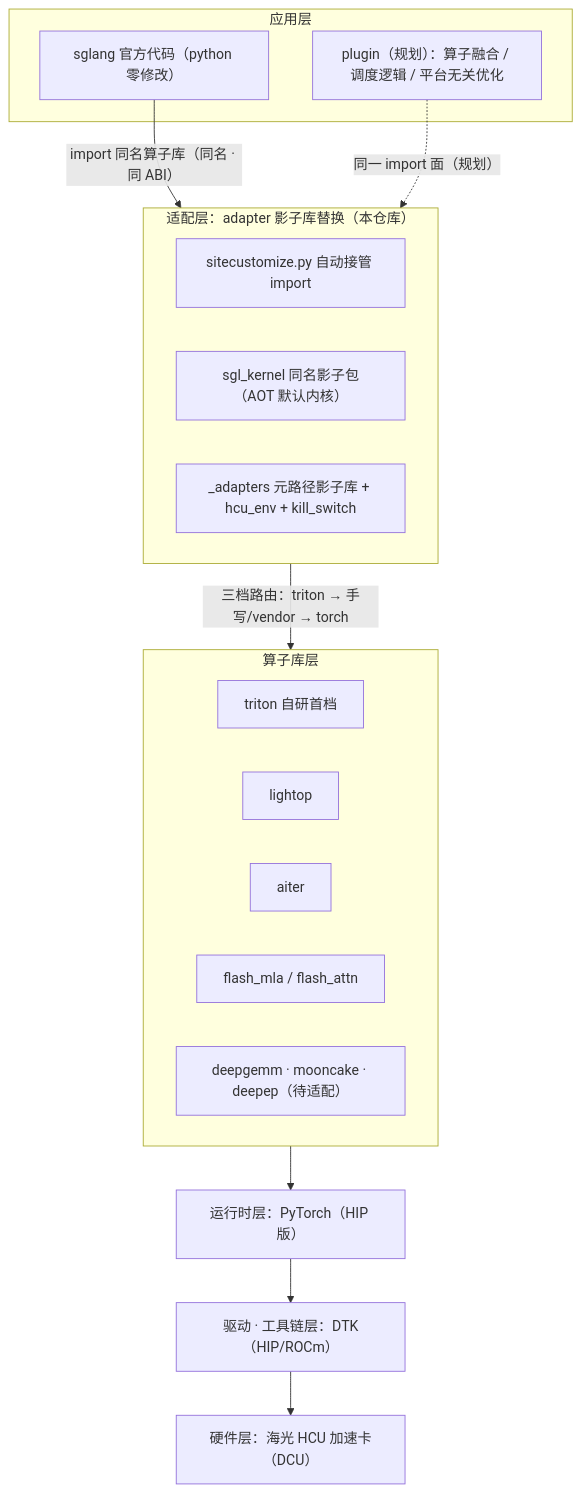
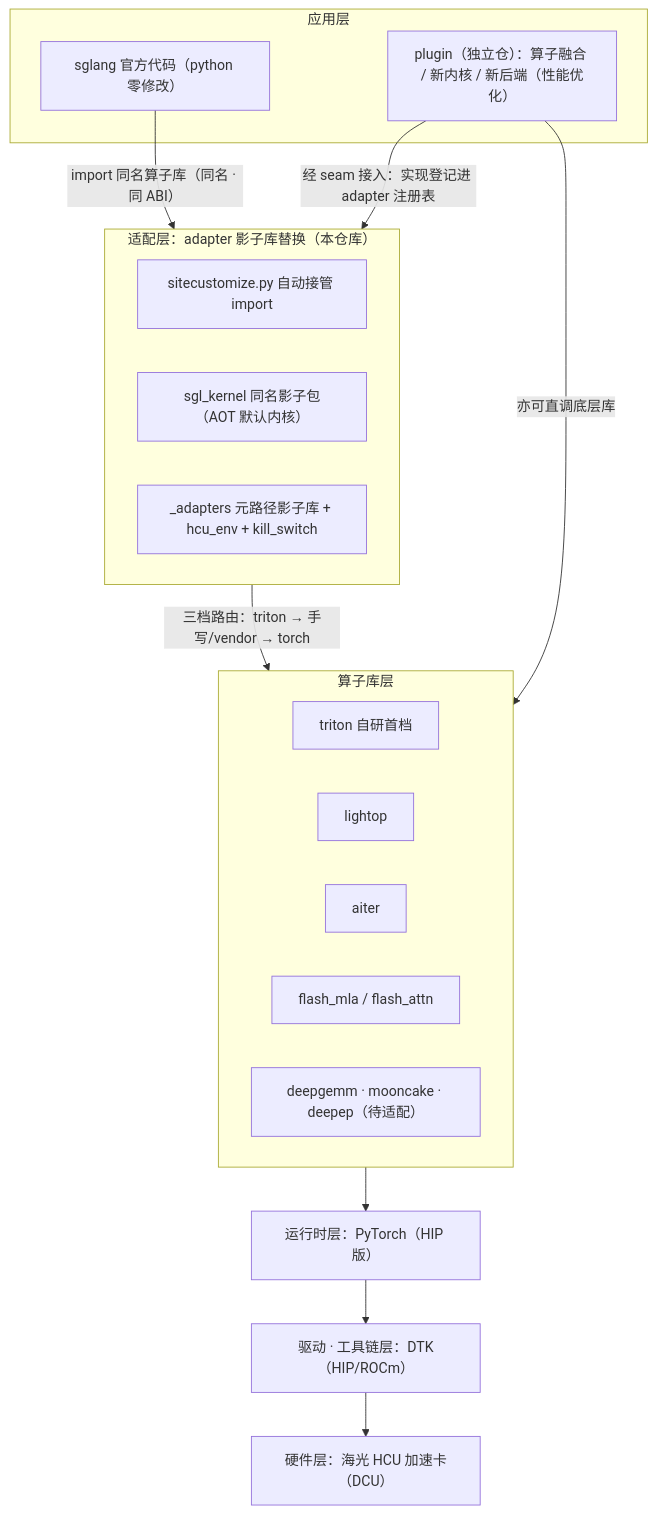
One commit to 463975089/adapter-das changed the first of 3 diagrams in docs/architecture.md. Above: the diagram before and after it, drawn with Mermaid. The commit also changed other lines of this file and 21 other files, not shown here.

````diff
--- a/docs/architecture.md
+++ b/docs/architecture.md
@@ -49,25 +49,26 @@
 ```mermaid
 flowchart TB
     subgraph APP["应用层"]
         SGLANG["sglang 官方代码（python 零修改）"]
-        PLUGIN["plugin（规划）：算子融合 / 调度逻辑 / 平台无关优化"]
+        PLUGIN["plugin（独立仓）：算子融合 / 新内核 / 新后端（性能优化）"]
     end
     subgraph ADPT["适配层：adapter 影子库替换（本仓库）"]
         SC["sitecustomize.py 自动接管 import"]
         SK["sgl_kernel 同名影子包（AOT 默认内核）"]
         STUB["_adapters 元路径影子库 + hcu_env + kill_switch"]
     end
     subgraph OPS["算子库层"]
         TRITON["triton 自研首档"]
         LIGHTOP["lightop"]
         AITER["aiter"]
         FA["flash_mla / flash_attn"]
         TODO["deepgemm · mooncake · deepep（待适配）"]
     end
     SGLANG -->|"import 同名算子库（同名 · 同 ABI）"| ADPT
-    PLUGIN -.->|"同一 import 面（规划）"| ADPT
+    PLUGIN -->|"经 seam 接入：实现登记进 adapter 注册表"| ADPT
+    PLUGIN -->|"亦可直调底层库"| OPS
     ADPT -->|"三档路由：triton → 手写/vendor → torch"| OPS
     OPS --> TORCH["运行时层：PyTorch（HIP 版）"]
     TORCH --> DTK["驱动 · 工具链层：DTK（HIP/ROCm）"]
     DTK --> HW["硬件层：海光 HCU 加速卡（DCU）"]
 ```
````
